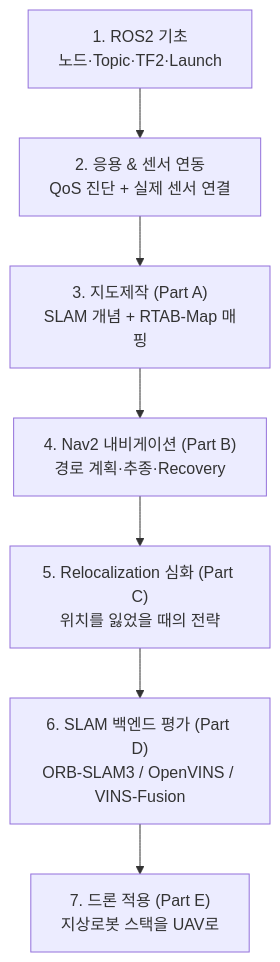
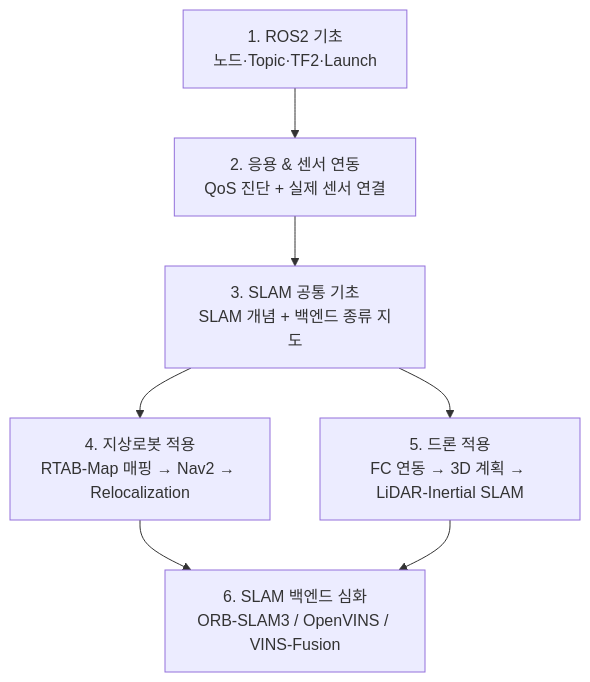
The diagram in 00_전체_학습_지도.md (codebaragi23/ROS2-doc), drawn with Mermaid before and after one commit. The commit also changed other lines of this file and 93 other files, not shown here.

````diff
--- a/00_전체_학습_지도.md
+++ b/00_전체_학습_지도.md
@@ -7,16 +9,15 @@
 ```mermaid
 flowchart TB
     P1["1. ROS2 기초
 노드·Topic·TF2·Launch"] --> P2["2. 응용 & 센서 연동
 QoS 진단 + 실제 센서 연결"]
-    P2 --> P3["3. 지도제작 (Part A)
-SLAM 개념 + RTAB-Map 매핑"]
-    P3 --> P4["4. Nav2 내비게이션 (Part B)
-경로 계획·추종·Recovery"]
-    P4 --> P5["5. Relocalization 심화 (Part C)
-위치를 잃었을 때의 전략"]
-    P5 --> P6["6. SLAM 백엔드 평가 (Part D)
+    P2 --> P3["3. SLAM 공통 기초
+SLAM 개념 + 백엔드 종류 지도"]
+    P3 --> P4["4. 지상로봇 적용
+RTAB-Map 매핑 → Nav2 → Relocalization"]
+    P3 --> P5["5. 드론 적용
+FC 연동 → 3D 계획 → LiDAR-Inertial SLAM"]
+    P4 --> P6["6. SLAM 백엔드 심화
 ORB-SLAM3 / OpenVINS / VINS-Fusion"]
-    P6 --> P7["7. 드론 적용 (Part E)
-지상로봇 스택을 UAV로"]
+    P5 --> P6
 ```
````
